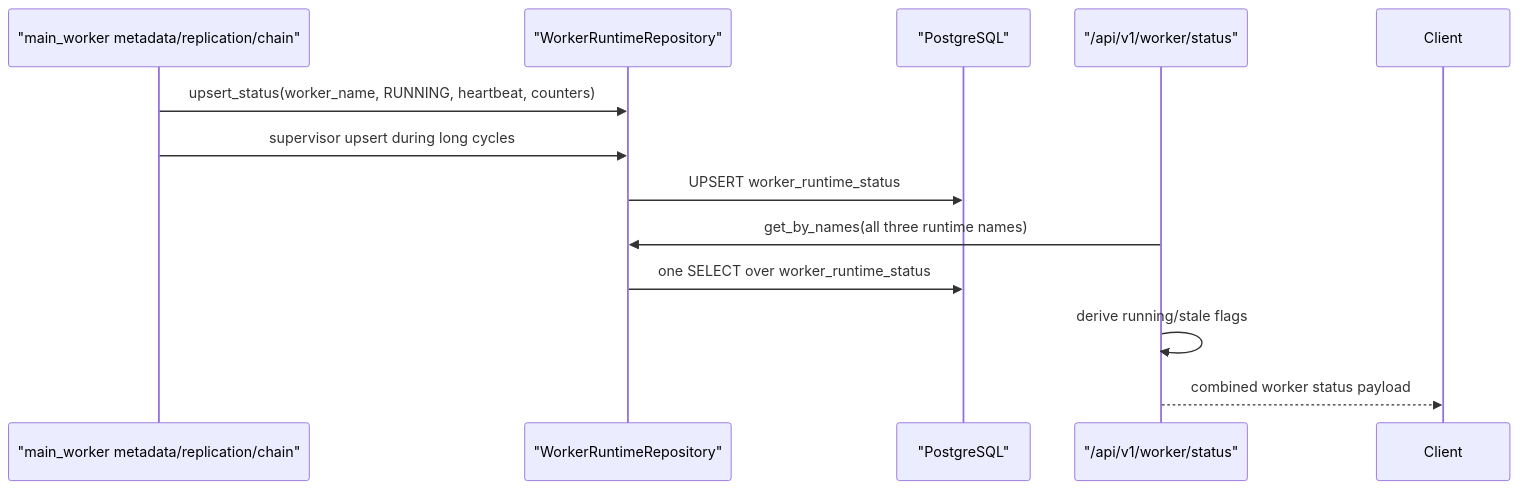
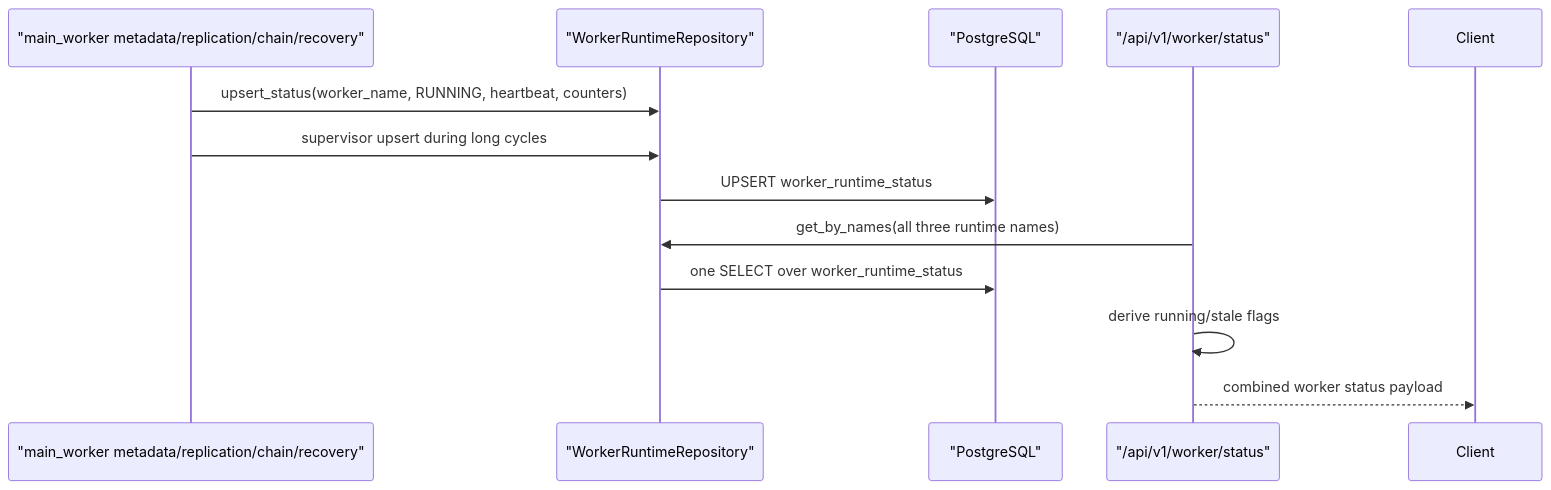
Before and after one commit to LA-Referencia-IOI/dark-core-minter-api: diagram 11 of 13 in minter-architecture.md, drawn with Mermaid. The commit also changed other lines of this file and 25 other files, not shown here.

````diff
--- a/minter-architecture.md
+++ b/minter-architecture.md
@@ -476,15 +475,15 @@
 ```mermaid
 sequenceDiagram
-    participant Worker as "main_worker metadata/replication/chain"
+    participant Worker as "main_worker metadata/replication/chain/recovery"
     participant Repo as "WorkerRuntimeRepository"
     participant DB as "PostgreSQL"
     participant API as "/api/v1/worker/status"
 
     Worker->>Repo: upsert_status(worker_name, RUNNING, heartbeat, counters)
     Worker->>Repo: supervisor upsert during long cycles
     Repo->>DB: UPSERT worker_runtime_status
     API->>Repo: get_by_names(all three runtime names)
     Repo->>DB: one SELECT over worker_runtime_status
     API->>API: derive running/stale flags
     API-->>Client: combined worker status payload
 ```
````
